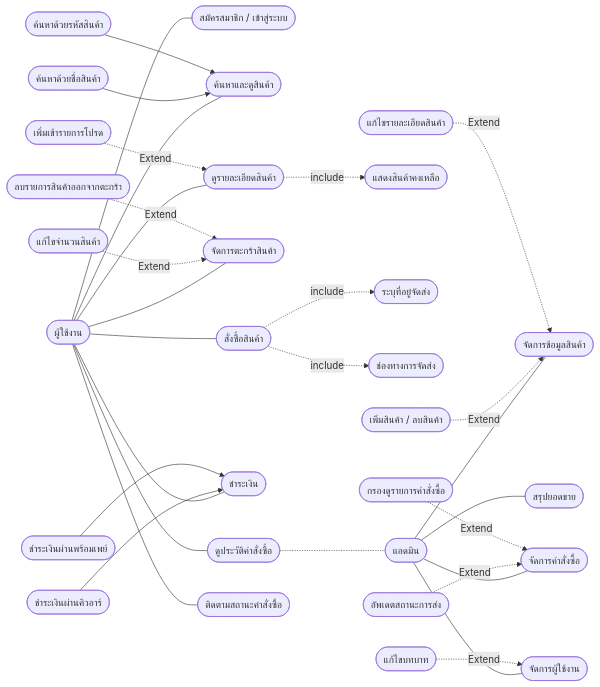
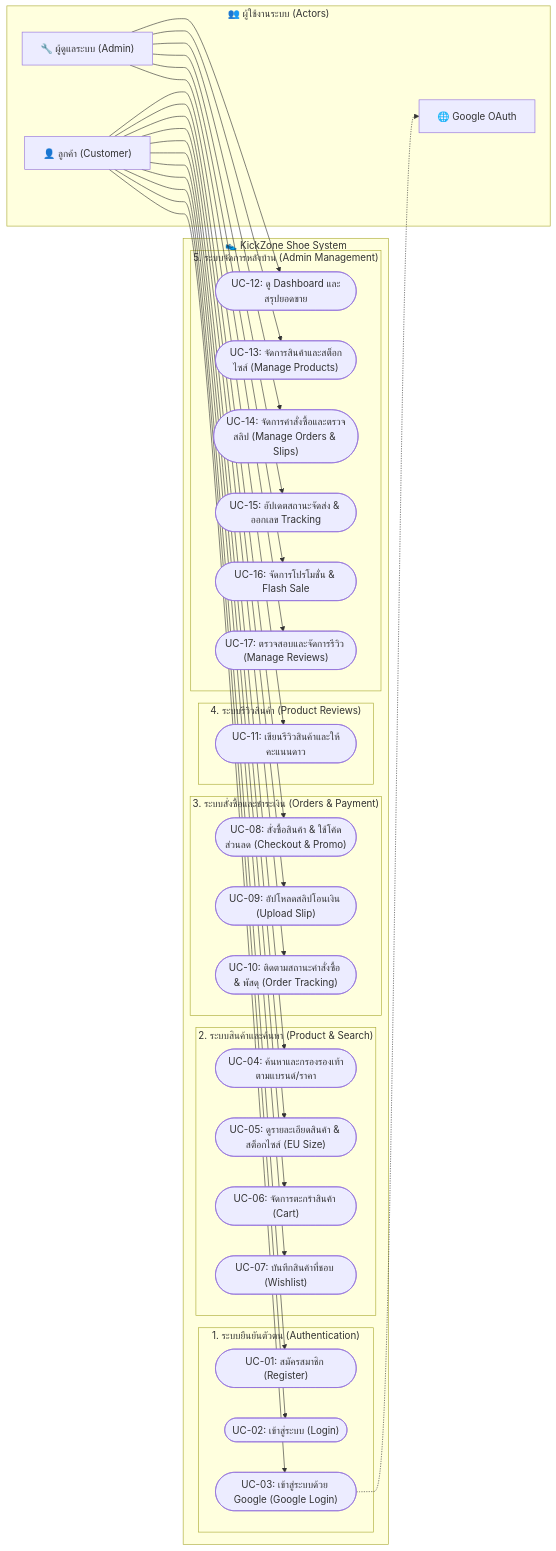
Before and after one commit to KittinunPinyo/Project-CSI204: the first of 3 diagrams in docs/analysis-design.md, drawn with Mermaid. The commit also changed other lines of this file, not shown here.

````diff
--- a/docs/analysis-design.md
+++ b/docs/analysis-design.md
@@ -53,79 +53,68 @@
 ```mermaid
 flowchart LR
-    %% Actors
-    User([ผู้ใช้งาน])
-    Admin([แอดมิน])
+    %% Actors Definition
+    subgraph Actors ["👥 ผู้ใช้งานระบบ (Actors)"]
+        Customer["👤 ลูกค้า (Customer)"]
+        Admin["🔧 ผู้ดูแลระบบ (Admin)"]
+        GoogleAuth["🌐 Google OAuth"]
+    end
 
-    %% User Use Cases
-    UC1([สมัครสมาชิก / เข้าสู่ระบบ])
-    UC2([ค้นหาและดูสินค้า])
-    UC2_1([ค้นหาด้วยชื่อสินค้า])
-    UC2_2([ค้นหาด้วยรหัสสินค้า])
-    UC3([ดูรายละเอียดสินค้า])
-    UC3_1([แสดงสินค้าคงเหลือ])
-    UC3_2([เพิ่มเข้ารายการโปรด])
-    UC4([จัดการตะกร้าสินค้า])
-    UC4_1([แก้ไขจำนวนสินค้า])
-    UC4_2([ลบรายการสินค้าออกจากตะกร้า])
-    UC5([สั่งซื้อสินค้า])
-    UC5_1([ระบุที่อยู่จัดส่ง])
-    UC5_2([ช่องทางการจัดส่ง])
-    UC6([ชำระเงิน])
-    UC6_1([ชำระเงินผ่านคิวอาร์])
-    UC6_2([ชำระเงินผ่านพร้อมเพย์])
-    UC7([ดูประวัติคำสั่งซื้อ])
-    UC8([ติดตามสถานะคำสั่งซื้อ])
+    %% Boundary System
+    subgraph KickZoneSystem ["👟 KickZone Shoe System"]
 
-    %% Admin Use Cases
-    UC9([จัดการข้อมูลสินค้า])
-    UC9_1([เพิ่มสินค้า / ลบสินค้า])
-    UC9_2([แก้ไขรายละเอียดสินค้า])
-    UC10([จัดการคำสั่งซื้อ])
-    UC10_1([อัพเดตสถานะการส่ง])
-    UC10_2([กรองดูรายการคำสั่งซื้อ])
-    UC11([จัดการผู้ใช้งาน])
-    UC11_1([แก้ไขบทบาท])
-    UC12([สรุปยอดขาย])
+        subgraph ModAuth ["1. ระบบยืนยันตัวตน (Authentication)"]
+            UC1(["UC-01: สมัครสมาชิก (Register)"])
+            UC2(["UC-02: เข้าสู่ระบบ (Login)"])
+            UC3(["UC-03: เข้าสู่ระบบด้วย Google (Google Login)"])
+        end
 
-    %% Connections for User
-    User --- UC1
-    User --- UC2
-    User --- UC3
-    User --- UC4
-    User --- UC5
-    User --- UC6
-    User --- UC7
-    User --- UC8
+        subgraph ModProduct ["2. ระบบสินค้าและค้นหา (Product & Search)"]
+            UC4(["UC-04: ค้นหาและกรองรองเท้าตามแบรนด์/ราคา"])
+            UC5(["UC-05: ดูรายละเอียดสินค้า & สต็อกไซส์ (EU Size)"])
+            UC6(["UC-06: จัดการตะกร้าสินค้า (Cart)"])
+            UC7(["UC-07: บันทึกสินค้าที่ชอบ (Wishlist)"])
+        end
 
-    UC2_1 --> UC2
-    UC2_2 --> UC2
-    
-    UC3 -. include .-> UC3_1
-    UC3_2 -. Extend .-> UC3
-    
-    UC4_1 -. Extend .-> UC4
-    UC4_2 -. Extend .-> UC4
-    
-    UC5 -. include .-> UC5_1
-    UC5 -. include .-> UC5_2
-    
-    UC6_1 --> UC6
-    UC6_2 --> UC6
+        subgraph ModOrder ["3. ระบบสั่งซื้อและชำระเงิน (Orders & Payment)"]
+            UC8(["UC-08: สั่งซื้อสินค้า & ใช้โค้ดส่วนลด (Checkout & Promo)"])
+            UC9(["UC-09: อัปโหลดสลิปโอนเงิน (Upload Slip)"])
+            UC10(["UC-10: ติดตามสถานะคำสั่งซื้อ & พัสดุ (Order Tracking)"])
+        end
 
-    %% Connections for Admin
-    Admin --- UC9
-    Admin --- UC10
-    Admin --- UC11
-    Admin --- UC12
-    
-    %% Dashed line from User's history to Admin (as in diagram)
-    UC7 -.- Admin
+        subgraph ModReview ["4. ระบบรีวิวสินค้า (Product Reviews)"]
+            UC11(["UC-11: เขียนรีวิวสินค้าและให้คะแนนดาว"])
+        end
 
-    UC9_1 -. Extend .-> UC9
-    UC9_2 -. Extend .-> UC9
-    
-    UC10_1 -. Extend .-> UC10
-    UC10_2 -. Extend .-> UC10
-    
-    UC11_1 -. Extend .-> UC11
+        subgraph ModAdmin ["5. ระบบจัดการหลังบ้าน (Admin Management)"]
+            UC12(["UC-12: ดู Dashboard และสรุปยอดขาย"])
+            UC13(["UC-13: จัดการสินค้าและสต็อกไซส์ (Manage Products)"])
+            UC14(["UC-14: จัดการคำสั่งซื้อและตรวจสลิป (Manage Orders & Slips)"])
+            UC15(["UC-15: อัปเดตสถานะจัดส่ง & ออกเลข Tracking"])
+            UC16(["UC-16: จัดการโปรโมชั่น & Flash Sale"])
+            UC17(["UC-17: ตรวจสอบและจัดการรีวิว (Manage Reviews)"])
+        end
+
+    end
+%% Customer Connections
+    Customer --> UC1
+    Customer --> UC2
+    Customer --> UC3
+    Customer --> UC4
+    Customer --> UC5
+    Customer --> UC6
+    Customer --> UC7
+    Customer --> UC8
+    Customer --> UC9
+    Customer --> UC10
+    Customer --> UC11
+%% External System Relationship
+    UC3 -.-> GoogleAuth
+
+    %% Admin Connections
+    Admin --> UC12
+    Admin --> UC13
+    Admin --> UC14
+    Admin --> UC15
+    Admin --> UC16
+    Admin --> UC17
 ```
````
